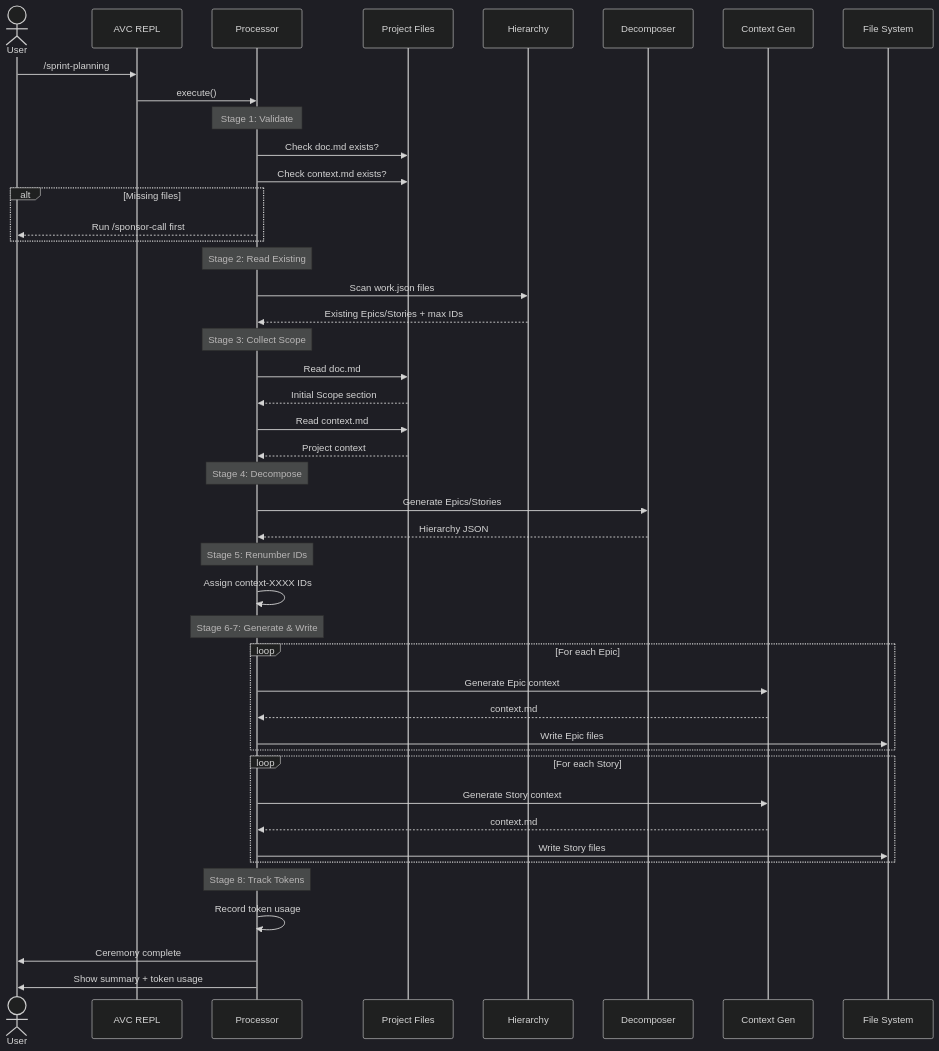
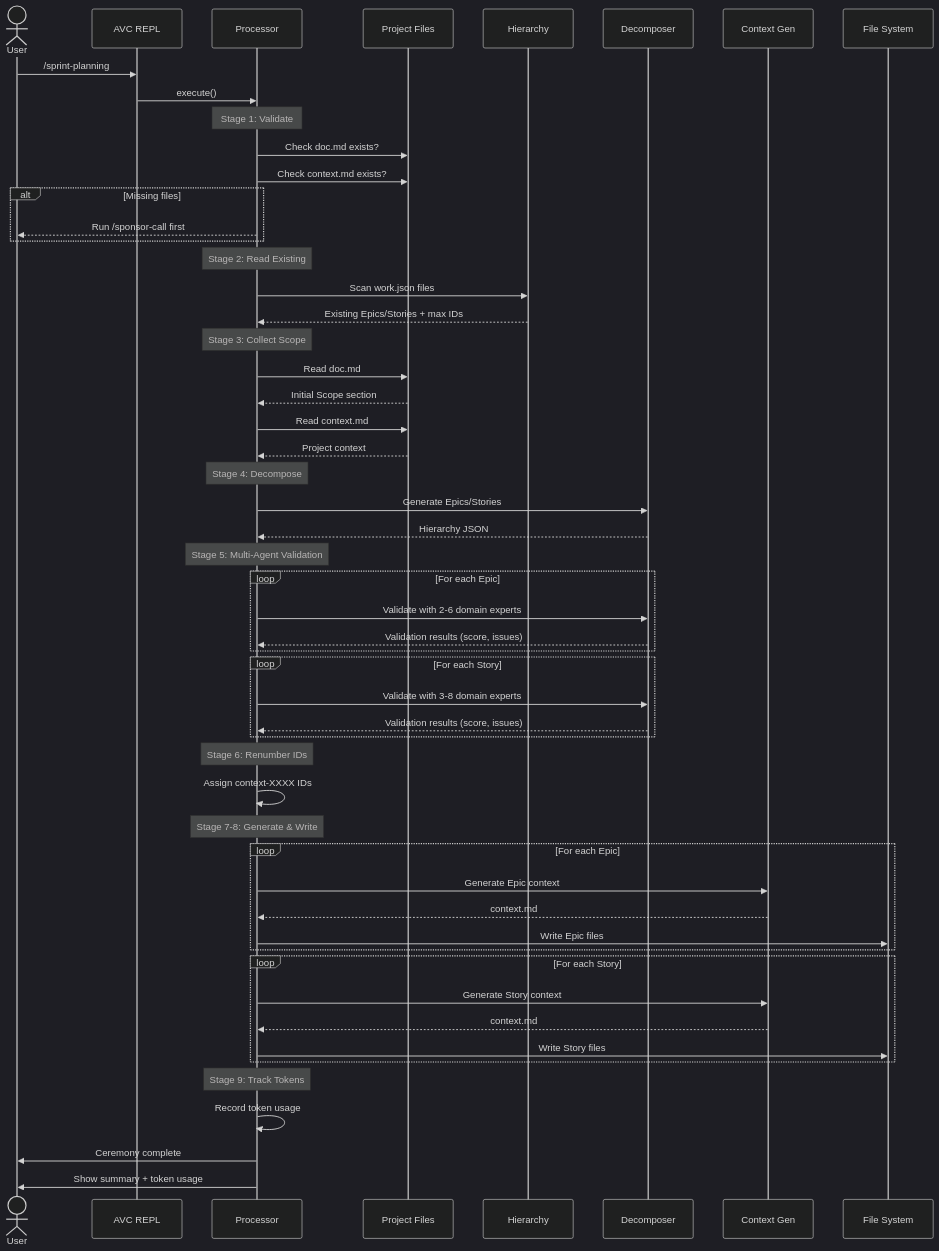
Before and after one commit to NachoColl/agilevibecoding: the diagram in ceremonies/sprint-planning.md, drawn with Mermaid (dark theme). The commit also changed other lines of this file and 76 other files, not shown here.

````diff
--- a/ceremonies/sprint-planning.md
+++ b/ceremonies/sprint-planning.md
@@ -36,57 +36,67 @@
 ```mermaid
 sequenceDiagram
     actor User
     participant REPL as AVC REPL
     participant Proc as Processor
     participant ProjFS as Project Files
     participant HierFS as Hierarchy
     participant Decomp as Decomposer
     participant CtxGen as Context Gen
     participant OutFS as File System
 
     User->>REPL: /sprint-planning
     REPL->>Proc: execute()
 
     Note over Proc: Stage 1: Validate
     Proc->>ProjFS: Check doc.md exists?
     Proc->>ProjFS: Check context.md exists?
     alt Missing files
         Proc-->>User: Run /sponsor-call first
     end
 
     Note over Proc: Stage 2: Read Existing
     Proc->>HierFS: Scan work.json files
     HierFS-->>Proc: Existing Epics/Stories + max IDs
 
     Note over Proc: Stage 3: Collect Scope
     Proc->>ProjFS: Read doc.md
     ProjFS-->>Proc: Initial Scope section
     Proc->>ProjFS: Read context.md
     ProjFS-->>Proc: Project context
 
     Note over Proc: Stage 4: Decompose
     Proc->>Decomp: Generate Epics/Stories
     Decomp-->>Proc: Hierarchy JSON
 
-    Note over Proc: Stage 5: Renumber IDs
+    Note over Proc: Stage 5: Multi-Agent Validation
+    loop For each Epic
+        Proc->>Decomp: Validate with 2-6 domain experts
+        Decomp-->>Proc: Validation results (score, issues)
+    end
+    loop For each Story
+        Proc->>Decomp: Validate with 3-8 domain experts
+        Decomp-->>Proc: Validation results (score, issues)
+    end
+
+    Note over Proc: Stage 6: Renumber IDs
     Proc->>Proc: Assign context-XXXX IDs
 
-    Note over Proc: Stage 6-7: Generate & Write
+    Note over Proc: Stage 7-8: Generate & Write
     loop For each Epic
         Proc->>CtxGen: Generate Epic context
         CtxGen-->>Proc: context.md
         Proc->>OutFS: Write Epic files
     end
 
     loop For each Story
         Proc->>CtxGen: Generate Story context
         CtxGen-->>Proc: context.md
         Proc->>OutFS: Write Story files
     end
 
-    Note over Proc: Stage 8: Track Tokens
+    Note over Proc: Stage 9: Track Tokens
     Proc->>Proc: Record token usage
 
     Proc->>User: Ceremony complete
     Proc->>User: Show summary + token usage
 ```
````
